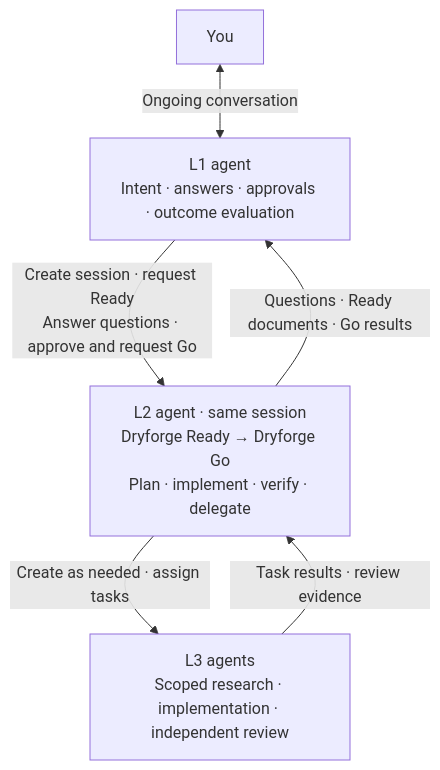
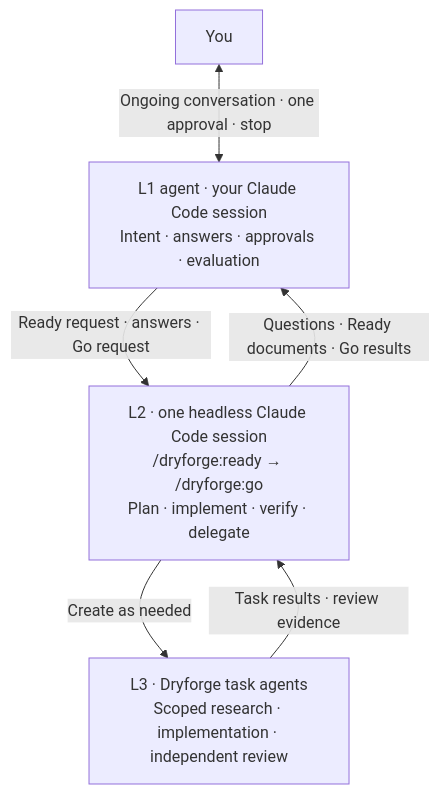
The diagram in README.md (contiloop/ouroboros), drawn with Mermaid before and after one commit. The commit also changed other lines of this file and 7 other files, not shown here.

````diff
--- a/README.md
+++ b/README.md
@@ -36,12 +49,12 @@
 ```mermaid
 flowchart TB
     U["You"]
-    L1["L1 agent<br/>Intent · answers · approvals · outcome evaluation"]
-    L2["L2 agent · same session<br/>Dryforge Ready → Dryforge Go<br/>Plan · implement · verify · delegate"]
-    L3["L3 agents<br/>Scoped research · implementation · independent review"]
-    U <-->|"Ongoing conversation"| L1
-    L1 -->|"Create session · request Ready<br/>Answer questions · approve and request Go"| L2
+    L1["L1 agent · your Claude Code session<br/>Intent · answers · approvals · evaluation"]
+    L2["L2 · one headless Claude Code session<br/>/dryforge:ready → /dryforge:go<br/>Plan · implement · verify · delegate"]
+    L3["L3 · Dryforge task agents<br/>Scoped research · implementation · independent review"]
+    U <-->|"Ongoing conversation · one approval · stop"| L1
+    L1 -->|"Ready request · answers · Go request"| L2
     L2 -->|"Questions · Ready documents · Go results"| L1
-    L2 -->|"Create as needed · assign tasks"| L3
+    L2 -->|"Create as needed"| L3
     L3 -->|"Task results · review evidence"| L2
 ```
````
